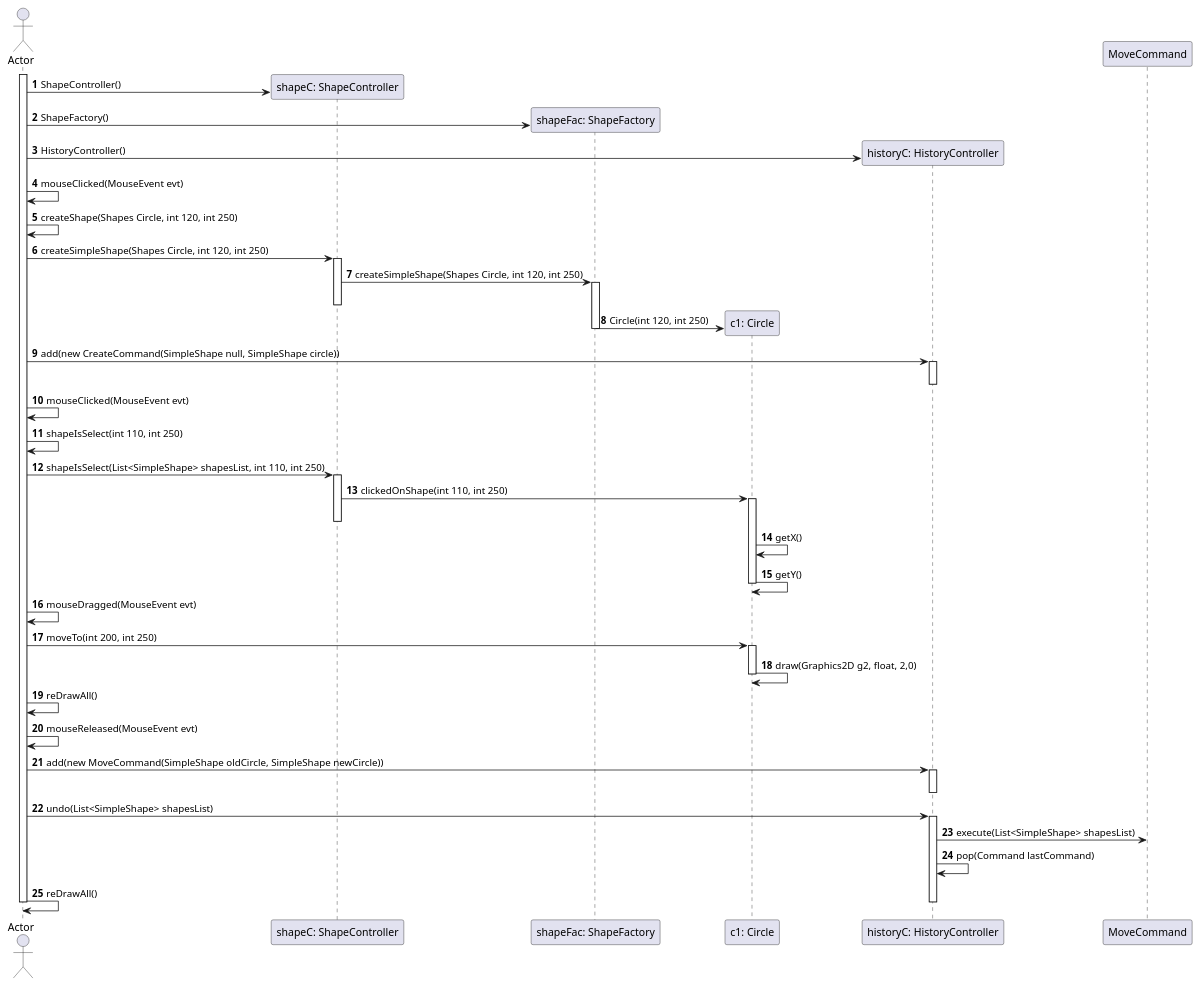
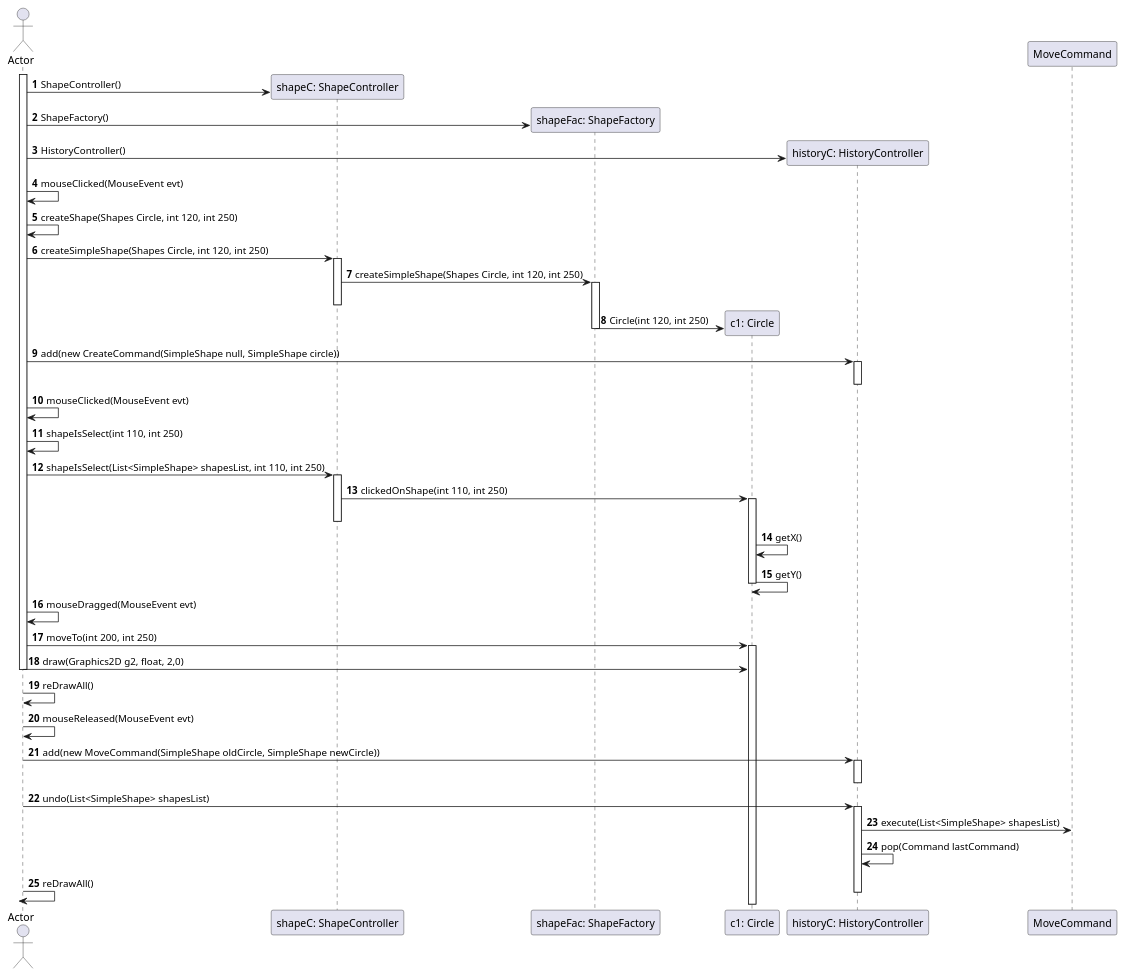
One commit to Jerome-GBZ/Projet-Patron-de-conception changed the diagram in Diagrammes/Diagram_sequence2.puml. Above: the diagram before and after it, drawn with PlantUML. The commit also changed 2 other files, not shown here.

```diff
--- a/Diagrammes/Diagram_sequence2.puml
+++ b/Diagrammes/Diagram_sequence2.puml
@@ -1,55 +1,55 @@
 @startuml
 
 autonumber
 
 actor Actor as JDrawingFrame
 participant "shapeC: ShapeController" as shapeController
 participant "shapeFac: ShapeFactory" as shapeFac
 participant "c1: Circle" as Circle
 participant "historyC: HistoryController" as histController
 
 
 activate JDrawingFrame
 JDrawingFrame -> shapeController ** : ShapeController()
 JDrawingFrame -> shapeFac ** : ShapeFactory()
 JDrawingFrame -> histController ** : HistoryController()
 
 JDrawingFrame -> JDrawingFrame : mouseClicked(MouseEvent evt)
 JDrawingFrame -> JDrawingFrame : createShape(Shapes Circle, int 120, int 250)
 JDrawingFrame -> shapeController ++ : createSimpleShape(Shapes Circle, int 120, int 250)
 shapeController -> shapeFac ++-- : createSimpleShape(Shapes Circle, int 120, int 250)
 shapeFac -> Circle ** : Circle(int 120, int 250)
 deactivate shapeFac
 
 JDrawingFrame -> histController ++ : add(new CreateCommand(SimpleShape null, SimpleShape circle))
 deactivate histController
 
 JDrawingFrame -> JDrawingFrame : mouseClicked(MouseEvent evt)
 JDrawingFrame -> JDrawingFrame : shapeIsSelect(int 110, int 250)
 JDrawingFrame -> shapeController ++ : shapeIsSelect(List<SimpleShape> shapesList, int 110, int 250)
 shapeController -> Circle ++-- : clickedOnShape(int 110, int 250)
 Circle -> Circle : getX()
 Circle -> Circle -- : getY()
 
 JDrawingFrame -> JDrawingFrame : mouseDragged(MouseEvent evt)
 JDrawingFrame -> Circle ++ : moveTo(int 200, int 250)
-Circle -> Circle -- : draw(Graphics2D g2, float, 2,0)
+JDrawingFrame -> Circle -- : draw(Graphics2D g2, float, 2,0)
 JDrawingFrame -> JDrawingFrame : reDrawAll()
 
 JDrawingFrame -> JDrawingFrame : mouseReleased(MouseEvent evt)
 JDrawingFrame -> histController ++ : add(new MoveCommand(SimpleShape oldCircle, SimpleShape newCircle))
 deactivate histController
 
 JDrawingFrame -> histController ++ : undo(List<SimpleShape> shapesList)
 histController -> MoveCommand : execute(List<SimpleShape> shapesList)
 histController -> histController : pop(Command lastCommand)
 JDrawingFrame -> JDrawingFrame : reDrawAll()
 deactivate histController
 
 
 ' Objectif de ce diagram :
 ' On a déjà notre frame diponible
 ' On va ajouter une forme Circle + Triangle que l'on va grouper puis déplacer
 
 deactivate JDrawingFrame
 @enduml
```
